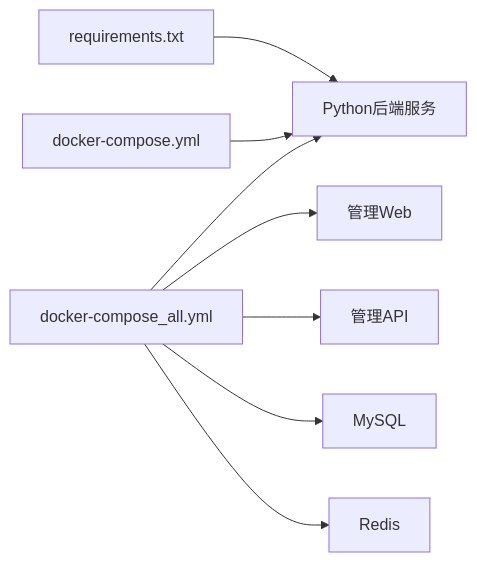
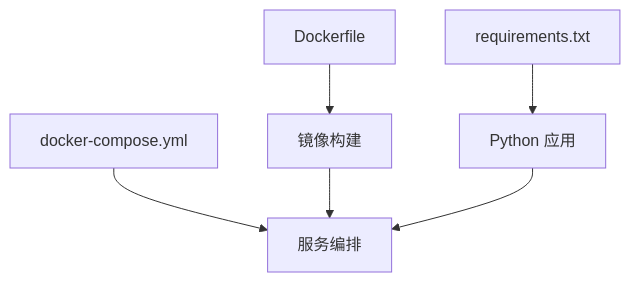
One commit to haixinke/xiaozhi-esp32-server changed the sixth of 6 diagrams in .qoder/repowiki/zh/content/快速开始.md. Above: the diagram before and after it, drawn with Mermaid. The commit also changed other lines of this file and 557 other files, not shown here.

````diff
--- a/.qoder/repowiki/zh/content/快速开始.md
+++ b/.qoder/repowiki/zh/content/快速开始.md
@@ -250,10 +222,8 @@
 ```mermaid
-graph LR
-REQ["requirements.txt"] --> PY["Python后端服务"]
-DC["docker-compose.yml"] --> PY
-DCA["docker-compose_all.yml"] --> PY
-DCA --> WEB["管理Web"]
-DCA --> API["管理API"]
-DCA --> DB["MySQL"]
-DCA --> REDIS["Redis"]
+graph TB
+RQ["requirements.txt"] --> PyApp["Python 应用"]
+DF["Dockerfile"] --> Image["镜像构建"]
+DC["docker-compose.yml"] --> Services["服务编排"]
+Image --> Services
+PyApp --> Services
 ```
````
